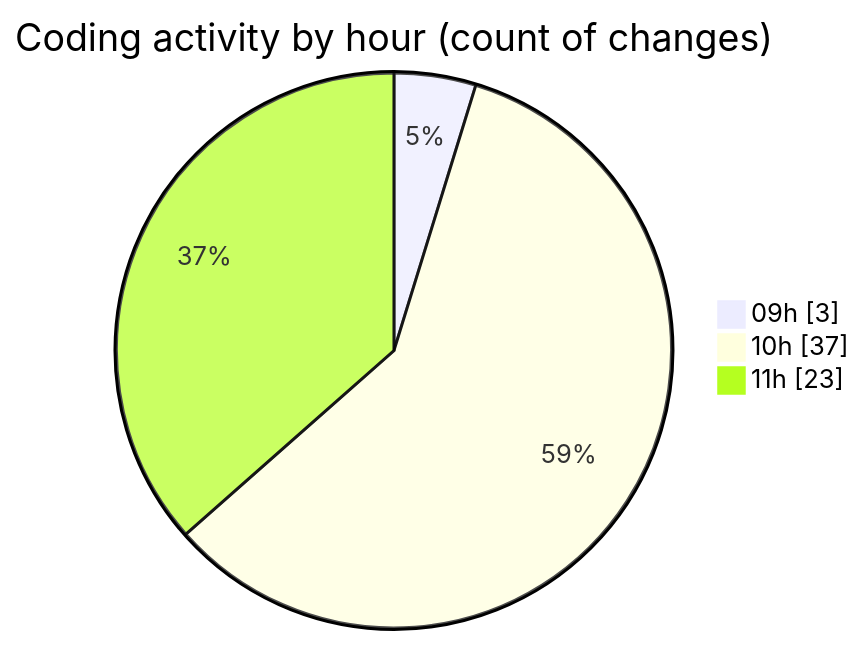
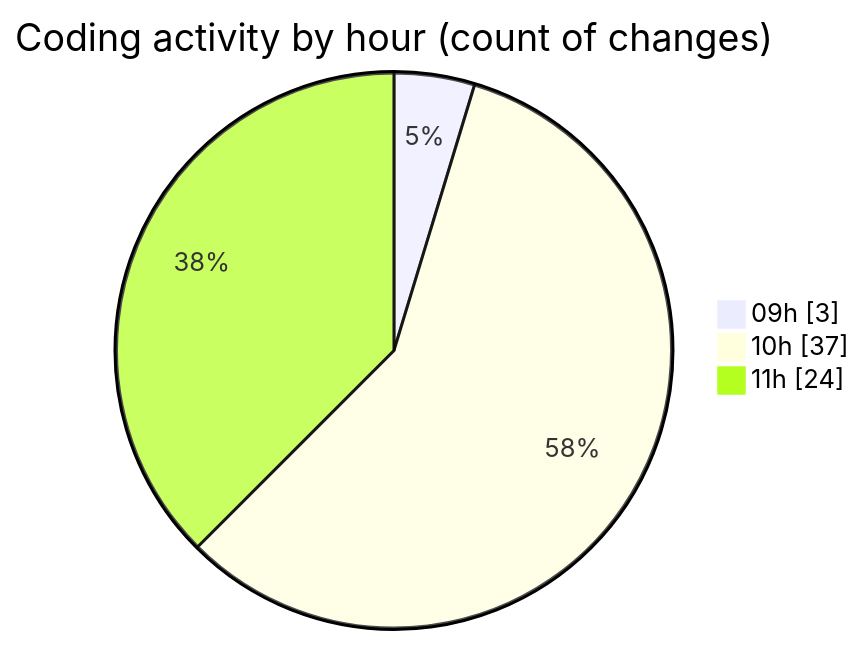
One commit to CELIANVF/code-tracking changed the second of 2 diagrams in 2025-05-02/ecodeli/README.md. Above: the diagram before and after it, drawn with Mermaid. The commit also changed other lines of this file and 1 other file, not shown here.

````diff
--- a/2025-05-02/ecodeli/README.md
+++ b/2025-05-02/ecodeli/README.md
@@ -57,7 +58,7 @@
 ```mermaid
 pie showData
 title Coding activity by hour (count of changes)
 "09h" : 3
 "10h" : 37
-"11h" : 23
+"11h" : 24
 ```
````
